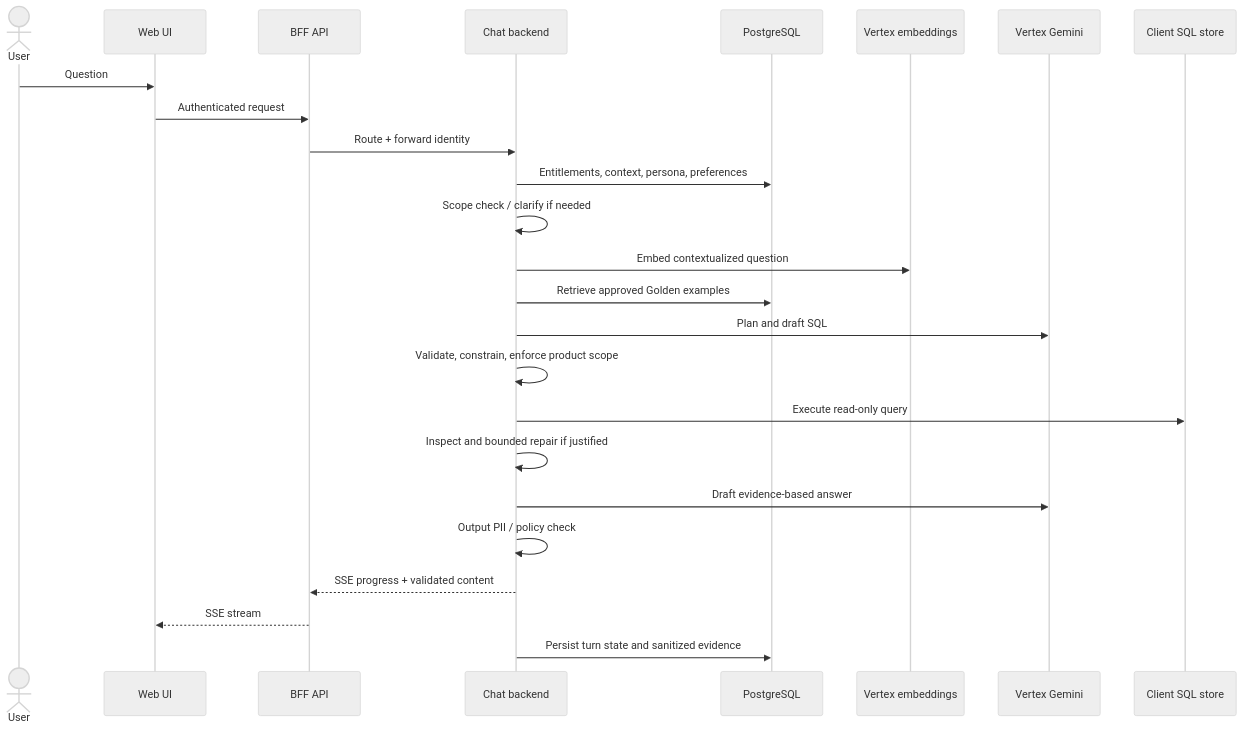
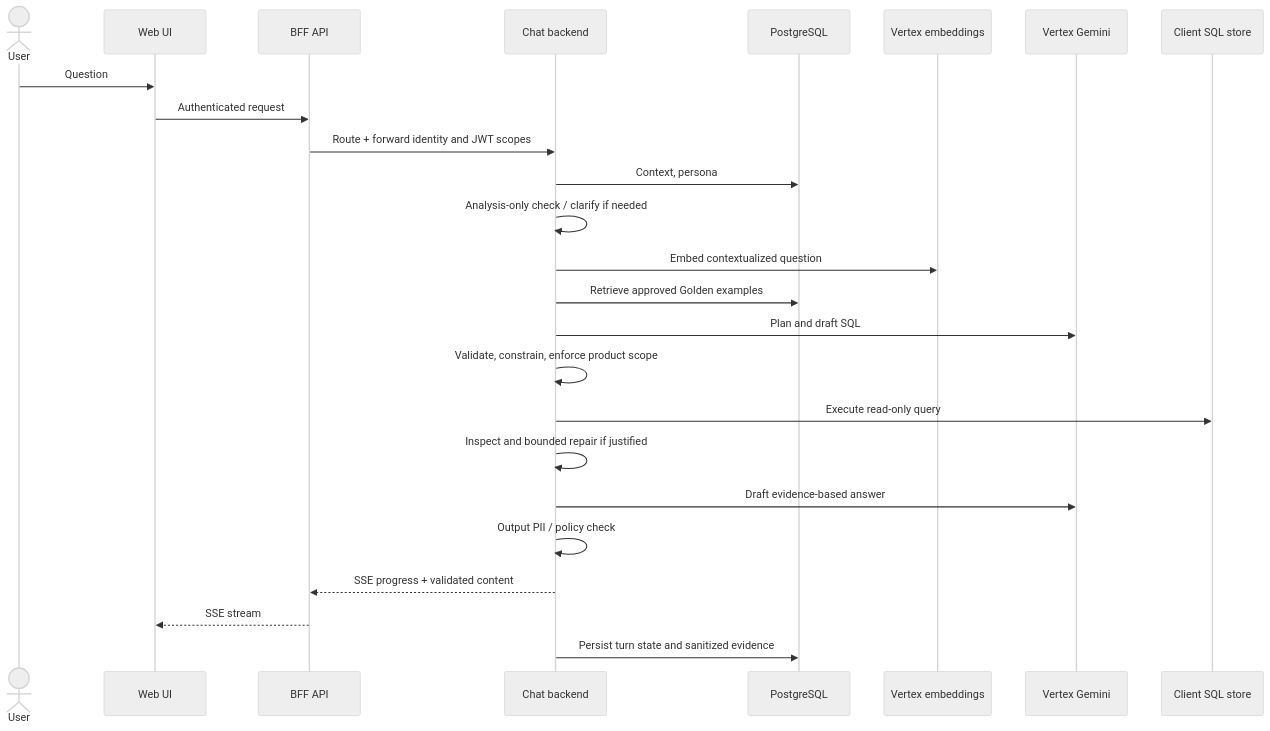
One commit to PiotrJachowicz/opsfleet-assessment changed the first of 5 diagrams in docs/HLD.md. Above: the diagram before and after it, drawn with Mermaid (neutral theme). The commit also changed other lines of this file and 6 other files, not shown here.

First line of the commit message:
chore: align HLD with JWT scopes and Slack scope

````diff
--- a/docs/HLD.md
+++ b/docs/HLD.md
@@ -48,28 +44,28 @@
 ```mermaid
 sequenceDiagram
     actor User
     participant UI as Web UI
     participant BFF as BFF API
     participant API as Chat backend
     participant PG as PostgreSQL
     participant Emb as Vertex embeddings
     participant LLM as Vertex Gemini
     participant SQL as Client SQL store
 
     User->>UI: Question
     UI->>BFF: Authenticated request
-    BFF->>API: Route + forward identity
-    API->>PG: Entitlements, context, persona, preferences
-    API->>API: Scope check / clarify if needed
+    BFF->>API: Route + forward identity and JWT scopes
+    API->>PG: Context, persona
+    API->>API: Analysis-only check / clarify if needed
     API->>Emb: Embed contextualized question
     API->>PG: Retrieve approved Golden examples
     API->>LLM: Plan and draft SQL
     API->>API: Validate, constrain, enforce product scope
     API->>SQL: Execute read-only query
     API->>API: Inspect and bounded repair if justified
     API->>LLM: Draft evidence-based answer
     API->>API: Output PII / policy check
     API-->>BFF: SSE progress + validated content
     BFF-->>UI: SSE stream
     API->>PG: Persist turn state and sanitized evidence
 ```
````
